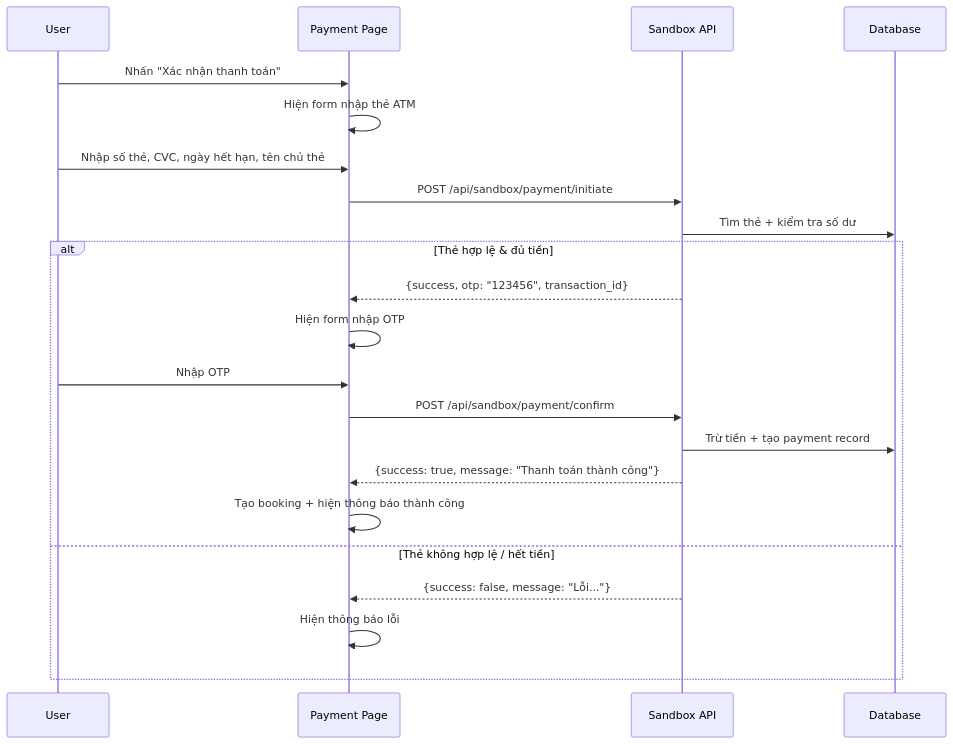
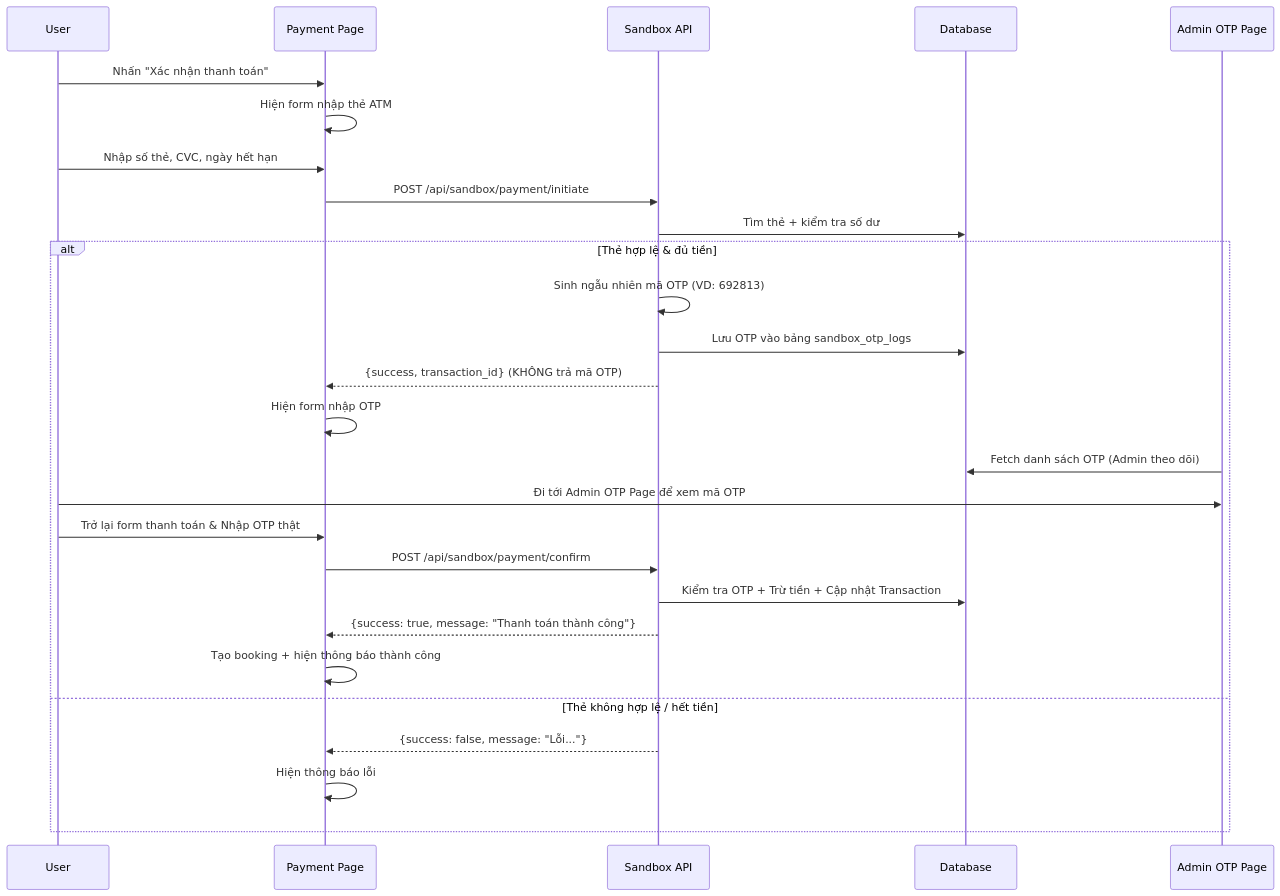
Before and after one commit to vdat293/web-du-lich: the diagram in implementation_plan.md, drawn with Mermaid. The commit also changed other lines of this file and 11 other files, not shown here.

Commit message:
add standbox va api otp

````diff
--- a/implementation_plan.md
+++ b/implementation_plan.md
@@ -7,25 +12,30 @@
 ```mermaid
 sequenceDiagram
     participant U as User
     participant P as Payment Page
     participant API as Sandbox API
     participant DB as Database
+    participant Admin as Admin OTP Page
 
     U->>P: Nhấn "Xác nhận thanh toán"
     P->>P: Hiện form nhập thẻ ATM
-    U->>P: Nhập số thẻ, CVC, ngày hết hạn, tên chủ thẻ
+    U->>P: Nhập số thẻ, CVC, ngày hết hạn
     P->>API: POST /api/sandbox/payment/initiate
     API->>DB: Tìm thẻ + kiểm tra số dư
     alt Thẻ hợp lệ & đủ tiền
-        API-->>P: {success, otp: "123456", transaction_id}
+        API->>API: Sinh ngẫu nhiên mã OTP (VD: 692813)
+        API->>DB: Lưu OTP vào bảng sandbox_otp_logs
+        API-->>P: {success, transaction_id} (KHÔNG trả mã OTP)
         P->>P: Hiện form nhập OTP
-        U->>P: Nhập OTP
+        Admin->>DB: Fetch danh sách OTP (Admin theo dõi)
+        U->>Admin: Đi tới Admin OTP Page để xem mã OTP
+        U->>P: Trở lại form thanh toán & Nhập OTP thật
         P->>API: POST /api/sandbox/payment/confirm
-        API->>DB: Trừ tiền + tạo payment record
+        API->>DB: Kiểm tra OTP + Trừ tiền + Cập nhật Transaction
         API-->>P: {success: true, message: "Thanh toán thành công"}
         P->>P: Tạo booking + hiện thông báo thành công
     else Thẻ không hợp lệ / hết tiền
         API-->>P: {success: false, message: "Lỗi..."}
         P->>P: Hiện thông báo lỗi
     end
 ```
````
